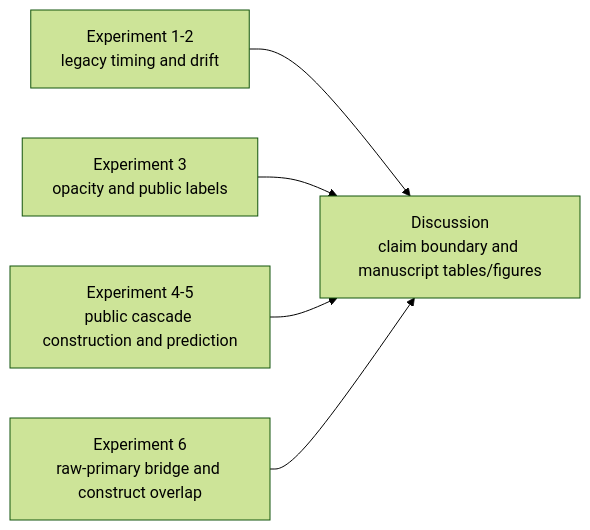
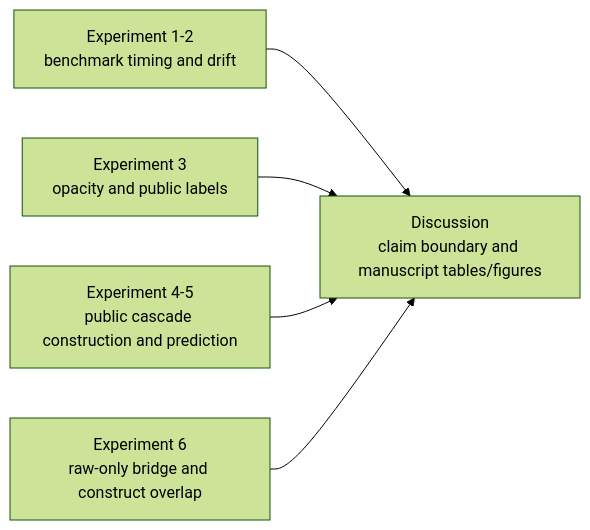
One commit to TY-Cheng/reporting-risk-cascade changed the diagram in docs/results_snapshot.md. Above: the diagram before and after it, drawn with Mermaid (forest theme). The commit also changed other lines of this file and 38 other files, not shown here.

First line of the commit message:
Use raw-only WRDS bridge; remove farr/AAER support

````diff
--- a/docs/results_snapshot.md
+++ b/docs/results_snapshot.md
@@ -54,12 +54,12 @@
 ```mermaid
 flowchart LR
-    L["Experiment 1-2<br/>legacy timing and drift"]
+    L["Experiment 1-2<br/>benchmark timing and drift"]
     O["Experiment 3<br/>opacity and public labels"]
     P["Experiment 4-5<br/>public cascade construction and prediction"]
-    B["Experiment 6<br/>raw-primary bridge and construct overlap"]
+    B["Experiment 6<br/>raw-only bridge and construct overlap"]
     D["Discussion<br/>claim boundary and manuscript tables/figures"]
     L --> D
     O --> D
     P --> D
     B --> D
 ```
````
